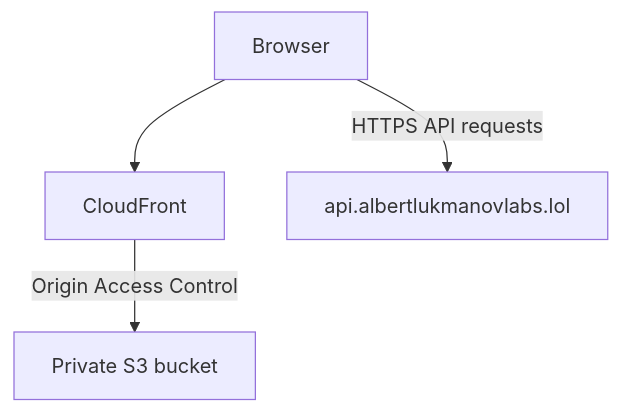
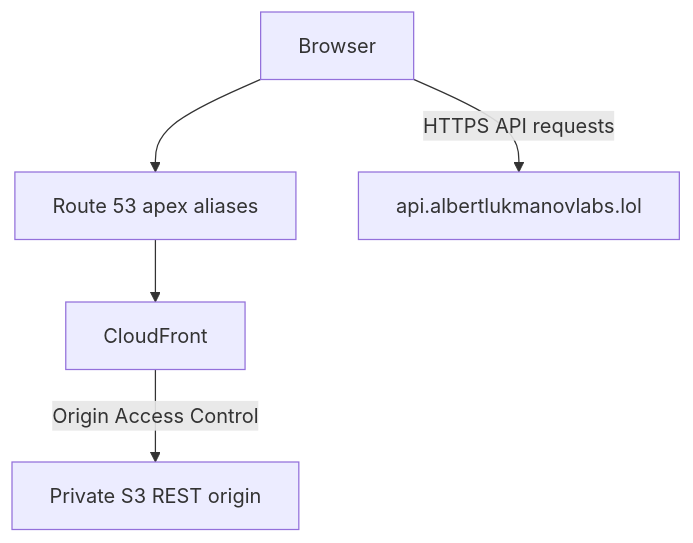
One commit to etonealbert/doc-helper-ai-agent-web changed the second of 2 diagrams in README.md. Above: the diagram before and after it, drawn with Mermaid. The commit also changed other lines of this file and 76 other files, not shown here.

````diff
--- a/README.md
+++ b/README.md
@@ -194,6 +182,7 @@
-  ```mermaid
-  flowchart TD
-      User[Browser] --> CF[CloudFront]
-      CF -->|Origin Access Control| S3[Private S3 bucket]
-      User -->|HTTPS API requests| API[api.albertlukmanovlabs.lol]
-  ```
+```mermaid
+flowchart TD
+    User[Browser] --> DNS[Route 53 apex aliases]
+    DNS --> CF[CloudFront]
+    CF -->|Origin Access Control| S3[Private S3 REST origin]
+    User -->|HTTPS API requests| API[api.albertlukmanovlabs.lol]
+```
````
